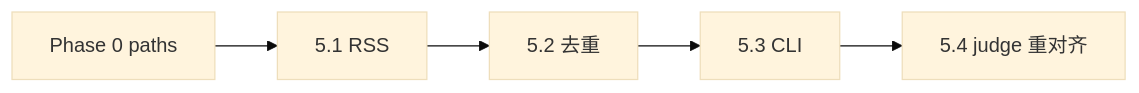
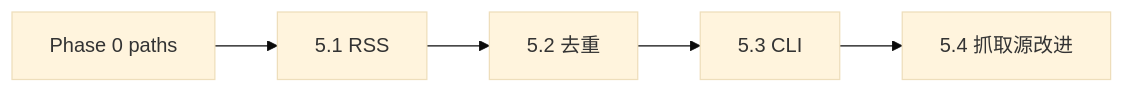
One commit to XYBuilds/themoviecosmos-daily-stargazing changed the diagram in .cursor/plans/Phase5-fetch-news.plan.md. Above: the diagram before and after it, drawn with Mermaid (base theme). The commit also changed other lines of this file and 5 other files, not shown here.

````diff
--- a/.cursor/plans/Phase5-fetch-news.plan.md
+++ b/.cursor/plans/Phase5-fetch-news.plan.md
@@ -26,13 +26,13 @@
 ```mermaid
 flowchart LR
   P0["Phase 0 paths"]
   T51["5.1 RSS"]
   T52["5.2 去重"]
   T53["5.3 CLI"]
-  T54["5.4 judge 重对齐"]
+  T54["5.4 抓取源改进"]
 
   P0 --> T51
   T51 --> T52
   T52 --> T53
   T53 --> T54
 ```
````
